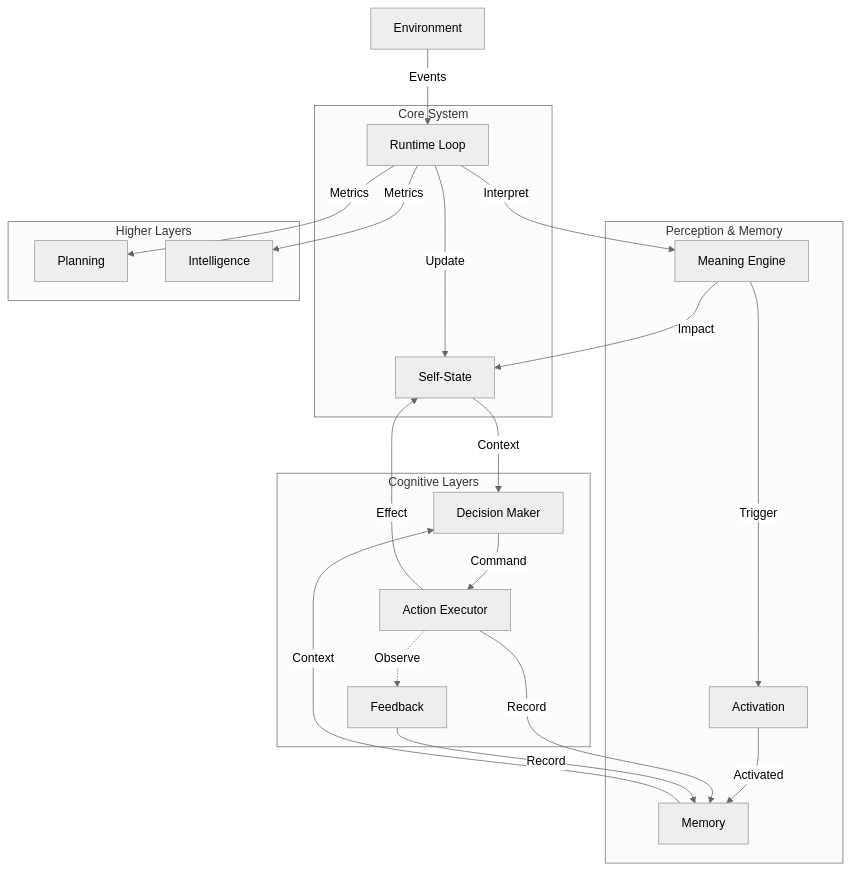
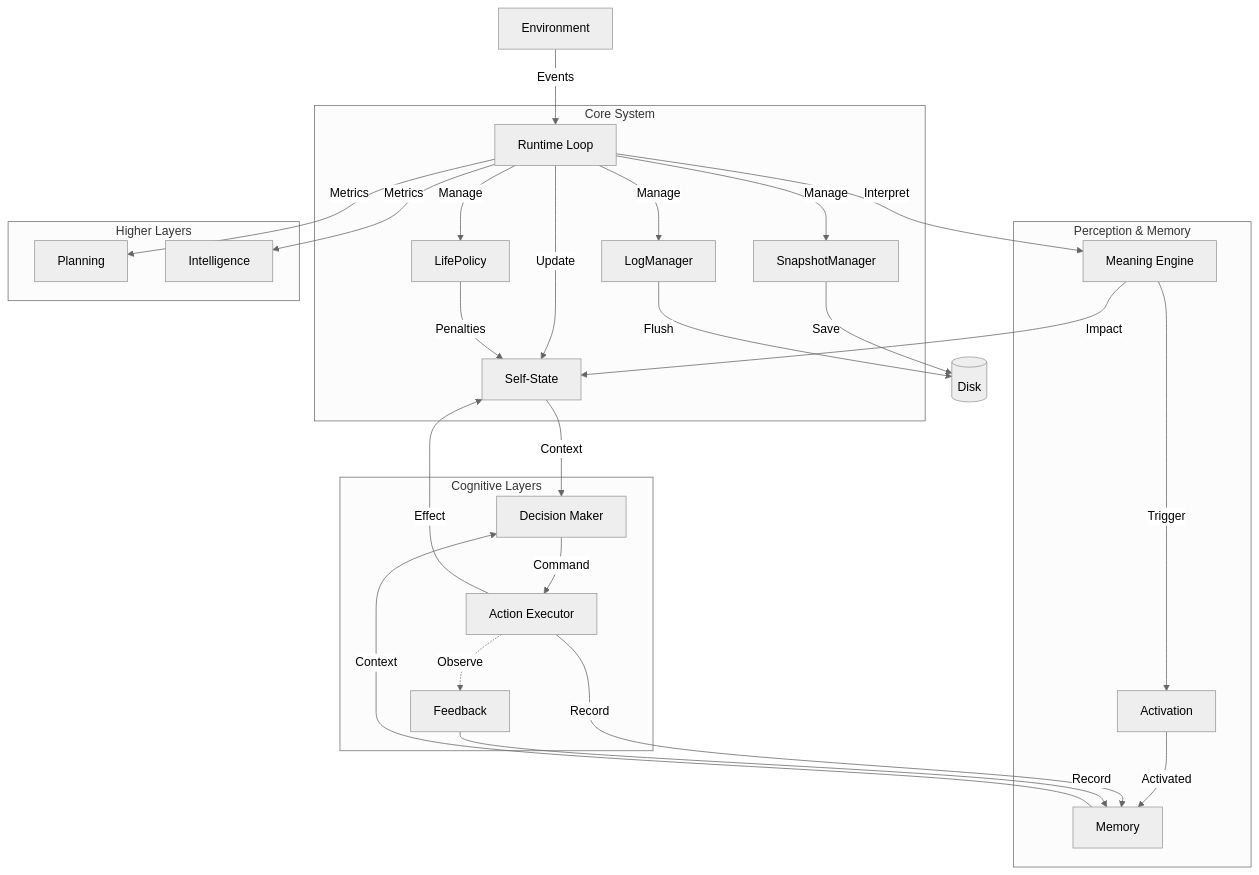
The diagram in docs/architecture/overview.md (AlexMiaWat/life), drawn with Mermaid (neutral theme) before and after one commit. The commit also changed other lines of this file and 25 other files, not shown here.

````diff
--- a/docs/architecture/overview.md
+++ b/docs/architecture/overview.md
@@ -7,40 +7,50 @@
 ```mermaid
 graph TD
     Env[Environment] -->|Events| Loop[Runtime Loop]
     Loop -->|Update| State[Self-State]
     Loop -->|Interpret| Meaning[Meaning Engine]
     Meaning -->|Impact| State
     Meaning -->|Trigger| Activation[Activation]
     Activation -->|Activated| Memory[Memory]
     Memory -->|Context| Decision[Decision Maker]
     State -->|Context| Decision
     Decision -->|Command| Action[Action Executor]
     Action -->|Effect| State
     Action -->|Record| Memory
     Action -.->|Observe| Feedback[Feedback]
     Feedback -->|Record| Memory
     Loop -->|Metrics| Planning[Planning]
     Loop -->|Metrics| Intelligence[Intelligence]
 
+    Loop -->|Manage| SnapshotM[SnapshotManager]
+    Loop -->|Manage| LogM[LogManager]
+    Loop -->|Manage| LifeM[LifePolicy]
+    SnapshotM -->|Save| Disk[(Disk)]
+    LogM -->|Flush| Disk
+    LifeM -->|Penalties| State
+
     subgraph "Core System"
         Loop
         State
+        SnapshotM
+        LogM
+        LifeM
     end
 
     subgraph "Perception & Memory"
         Meaning
         Activation
         Memory
     end
 
     subgraph "Cognitive Layers"
         Decision
         Action
         Feedback
     end
 
     subgraph "Higher Layers"
         Planning
         Intelligence
     end
 ```
````
